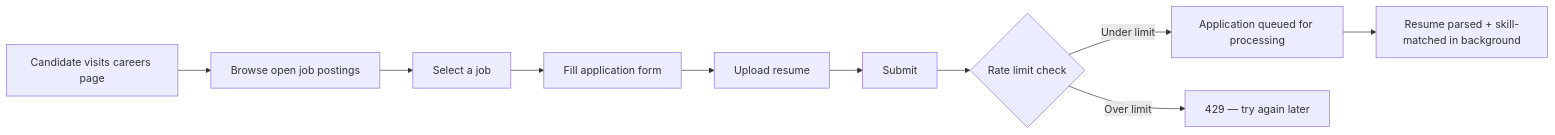
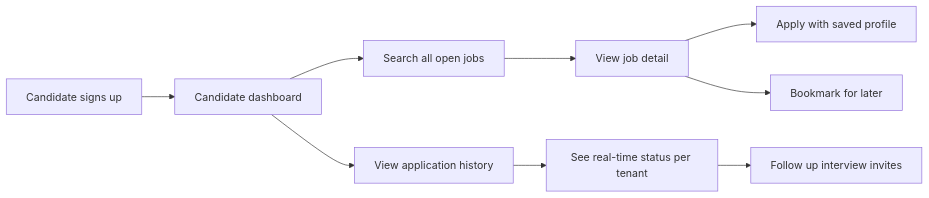
One commit to RedDotz20/talentpipe-crm changed the sixth of 6 diagrams in docs/06_ROLE_INTERACTIONS.md. Above: the diagram before and after it, drawn with Mermaid. The commit also changed other lines of this file and 31 other files, not shown here.

````diff
--- a/docs/06_ROLE_INTERACTIONS.md
+++ b/docs/06_ROLE_INTERACTIONS.md
@@ -109,12 +116,11 @@
 ```mermaid
 flowchart LR
-  A[Candidate visits careers page] --> B[Browse open job postings]
-  B --> C[Select a job]
-  C --> D[Fill application form]
-  D --> E[Upload resume]
-  E --> F[Submit]
-  F --> G{Rate limit check}
-  G -->|Under limit| H[Application queued for processing]
-  G -->|Over limit| I[429 — try again later]
-  H --> J[Resume parsed + skill-matched in background]
+  A[Candidate signs up] --> B[Candidate dashboard]
+  B --> C[Search all open jobs]
+  C --> D[View job detail]
+  D --> E[Apply with saved profile]
+  D --> F[Bookmark for later]
+  B --> G[View application history]
+  G --> H[See real-time status per tenant]
+  H --> I[Follow up interview invites]
 ```
````
